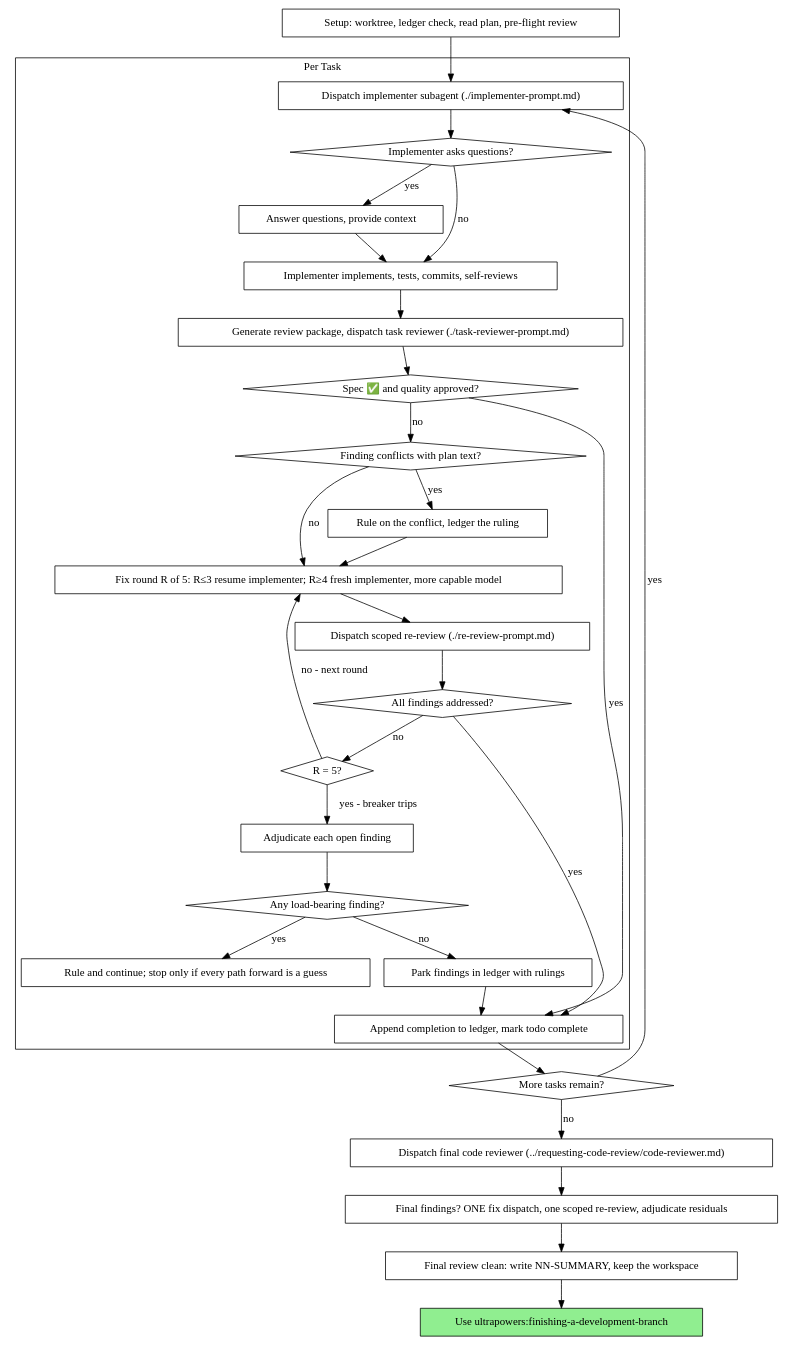
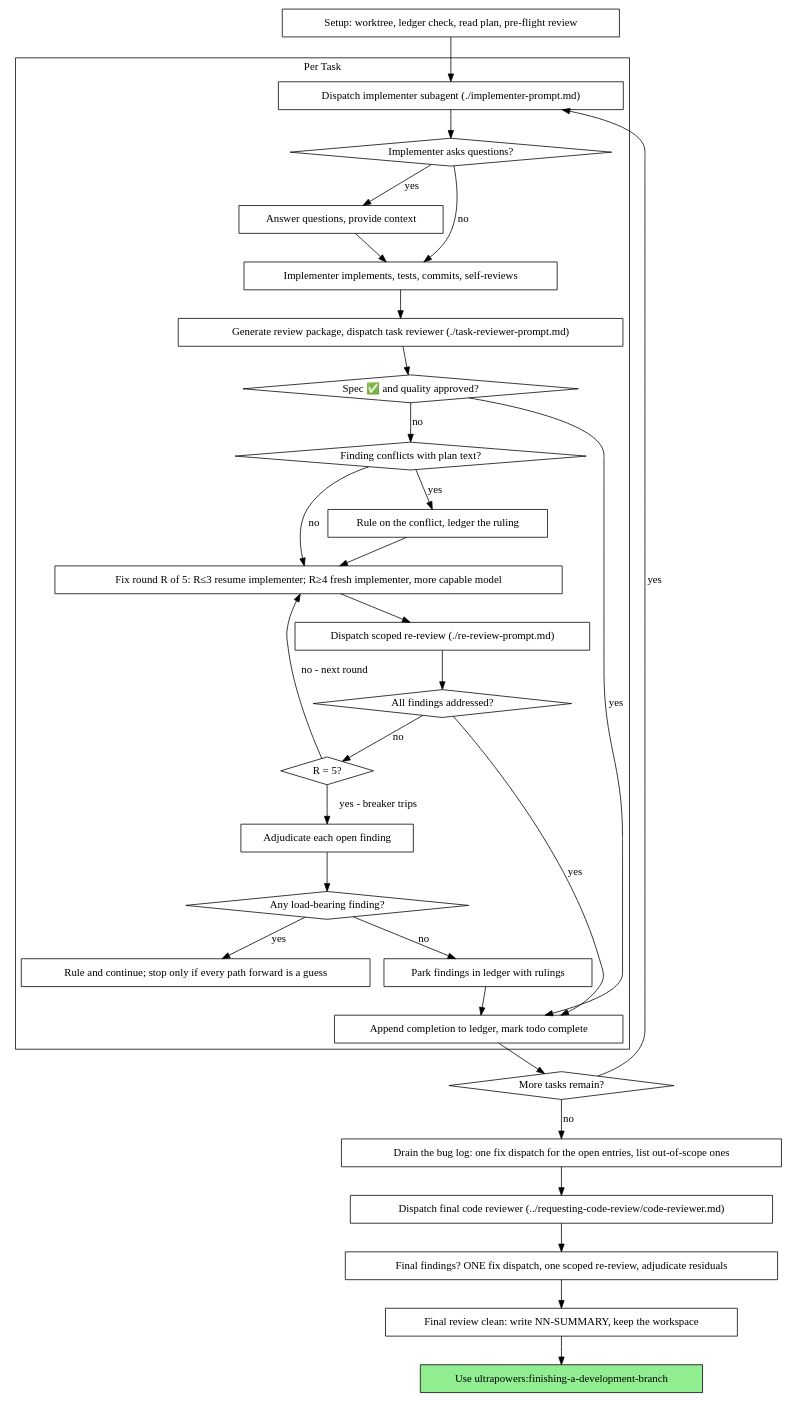
Before and after one commit to axazolai/ultrapowers: the second of 2 diagrams in plugins/ultrapowers/skills/subagent-driven-development/SKILL.md, drawn with Graphviz. The commit also changed other lines of this file and 13 other files, not shown here.

````diff
--- a/plugins/ultrapowers/skills/subagent-driven-development/SKILL.md
+++ b/plugins/ultrapowers/skills/subagent-driven-development/SKILL.md
@@ -93,62 +93,64 @@
 ```dot
 digraph process {
     rankdir=TB;
 
     subgraph cluster_per_task {
         label="Per Task";
         "Dispatch implementer subagent (./implementer-prompt.md)" [shape=box];
         "Implementer asks questions?" [shape=diamond];
         "Answer questions, provide context" [shape=box];
         "Implementer implements, tests, commits, self-reviews" [shape=box];
         "Generate review package, dispatch task reviewer (./task-reviewer-prompt.md)" [shape=box];
         "Spec ✅ and quality approved?" [shape=diamond];
         "Finding conflicts with plan text?" [shape=diamond];
         "Rule on the conflict, ledger the ruling" [shape=box];
         "Fix round R of 5: R≤3 resume implementer; R≥4 fresh implementer, more capable model" [shape=box];
         "Dispatch scoped re-review (./re-review-prompt.md)" [shape=box];
         "All findings addressed?" [shape=diamond];
         "R = 5?" [shape=diamond];
         "Adjudicate each open finding" [shape=box];
         "Any load-bearing finding?" [shape=diamond];
         "Rule and continue; stop only if every path forward is a guess" [shape=box];
         "Park findings in ledger with rulings" [shape=box];
         "Append completion to ledger, mark todo complete" [shape=box];
     }
 
     "Setup: worktree, ledger check, read plan, pre-flight review" [shape=box];
     "More tasks remain?" [shape=diamond];
+    "Drain the bug log: one fix dispatch for the open entries, list out-of-scope ones" [shape=box];
     "Dispatch final code reviewer (../requesting-code-review/code-reviewer.md)" [shape=box];
     "Final findings? ONE fix dispatch, one scoped re-review, adjudicate residuals" [shape=box];
     "Final review clean: write NN-SUMMARY, keep the workspace" [shape=box];
     "Use ultrapowers:finishing-a-development-branch" [shape=box style=filled fillcolor=lightgreen];
 
     "Setup: worktree, ledger check, read plan, pre-flight review" -> "Dispatch implementer subagent (./implementer-prompt.md)";
     "Dispatch implementer subagent (./implementer-prompt.md)" -> "Implementer asks questions?";
     "Implementer asks questions?" -> "Answer questions, provide context" [label="yes"];
     "Answer questions, provide context" -> "Implementer implements, tests, commits, self-reviews";
     "Implementer asks questions?" -> "Implementer implements, tests, commits, self-reviews" [label="no"];
     "Implementer implements, tests, commits, self-reviews" -> "Generate review package, dispatch task reviewer (./task-reviewer-prompt.md)";
     "Generate review package, dispatch task reviewer (./task-reviewer-prompt.md)" -> "Spec ✅ and quality approved?";
     "Spec ✅ and quality approved?" -> "Append completion to ledger, mark todo complete" [label="yes"];
     "Spec ✅ and quality approved?" -> "Finding conflicts with plan text?" [label="no"];
     "Finding conflicts with plan text?" -> "Rule on the conflict, ledger the ruling" [label="yes"];
     "Rule on the conflict, ledger the ruling" -> "Fix round R of 5: R≤3 resume implementer; R≥4 fresh implementer, more capable model";
     "Finding conflicts with plan text?" -> "Fix round R of 5: R≤3 resume implementer; R≥4 fresh implementer, more capable model" [label="no"];
     "Fix round R of 5: R≤3 resume implementer; R≥4 fresh implementer, more capable model" -> "Dispatch scoped re-review (./re-review-prompt.md)";
     "Dispatch scoped re-review (./re-review-prompt.md)" -> "All findings addressed?";
     "All findings addressed?" -> "Append completion to ledger, mark todo complete" [label="yes"];
     "All findings addressed?" -> "R = 5?" [label="no"];
     "R = 5?" -> "Fix round R of 5: R≤3 resume implementer; R≥4 fresh implementer, more capable model" [label="no - next round"];
     "R = 5?" -> "Adjudicate each open finding" [label="yes - breaker trips"];
     "Adjudicate each open finding" -> "Any load-bearing finding?";
     "Any load-bearing finding?" -> "Rule and continue; stop only if every path forward is a guess" [label="yes"];
     "Any load-bearing finding?" -> "Park findings in ledger with rulings" [label="no"];
     "Park findings in ledger with rulings" -> "Append completion to ledger, mark todo complete";
     "Append completion to ledger, mark todo complete" -> "More tasks remain?";
     "More tasks remain?" -> "Dispatch implementer subagent (./implementer-prompt.md)" [label="yes"];
-    "More tasks remain?" -> "Dispatch final code reviewer (../requesting-code-review/code-reviewer.md)" [label="no"];
+    "More tasks remain?" -> "Drain the bug log: one fix dispatch for the open entries, list out-of-scope ones" [label="no"];
+    "Drain the bug log: one fix dispatch for the open entries, list out-of-scope ones" -> "Dispatch final code reviewer (../requesting-code-review/code-reviewer.md)";
     "Dispatch final code reviewer (../requesting-code-review/code-reviewer.md)" -> "Final findings? ONE fix dispatch, one scoped re-review, adjudicate residuals";
     "Final findings? ONE fix dispatch, one scoped re-review, adjudicate residuals" -> "Final review clean: write NN-SUMMARY, keep the workspace";
     "Final review clean: write NN-SUMMARY, keep the workspace" -> "Use ultrapowers:finishing-a-development-branch";
 }
 ```
````
